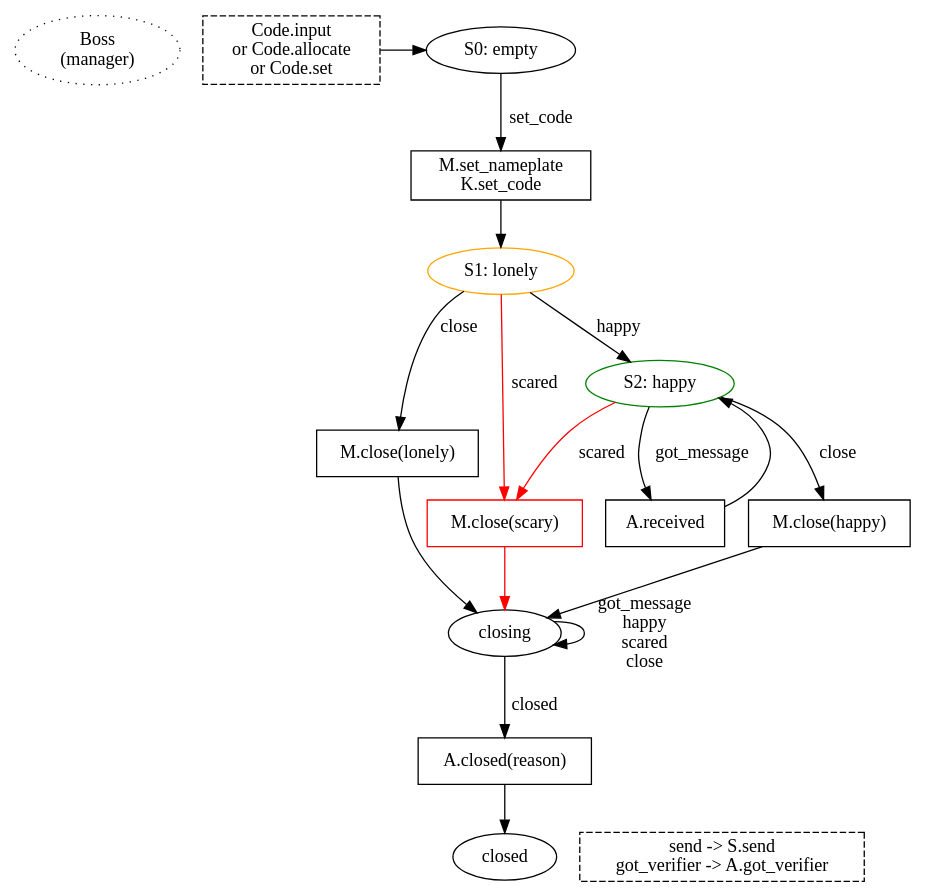
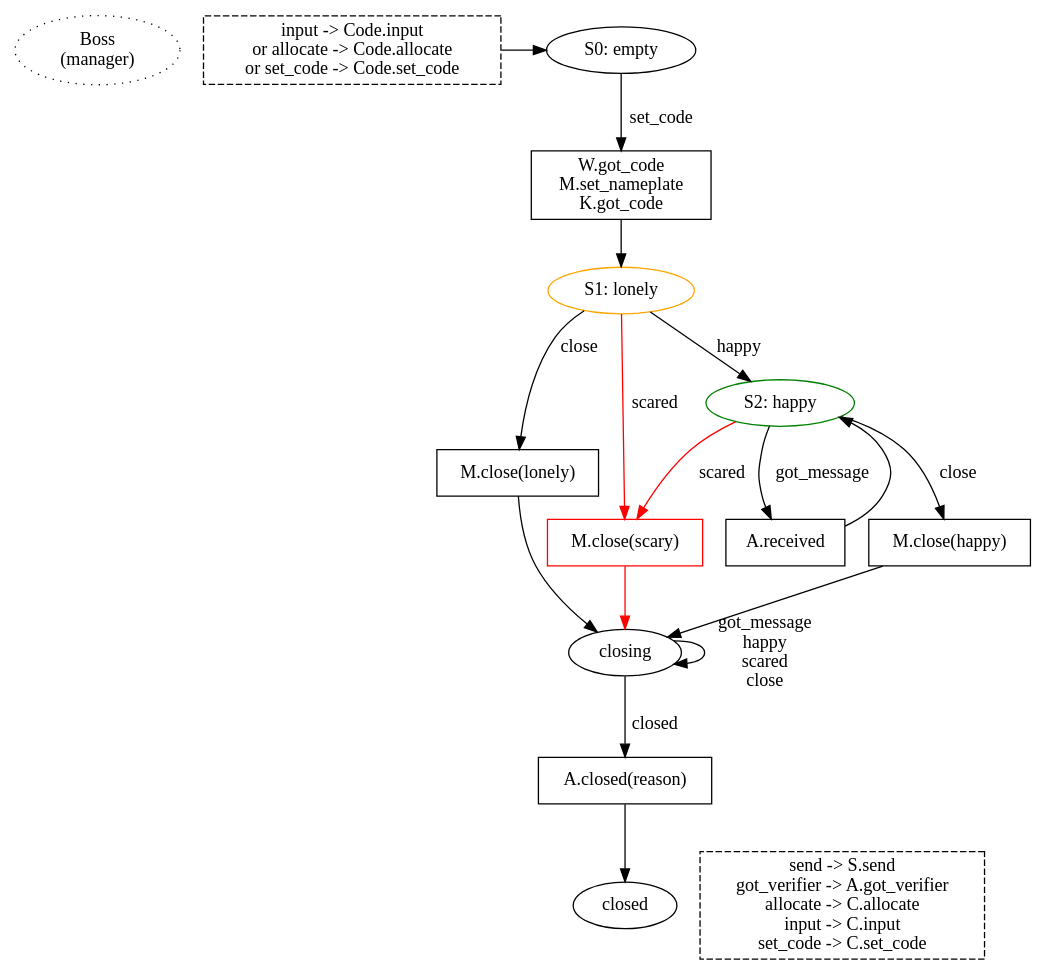
One commit to magic-wormhole/magic-wormhole changed the diagram in docs/boss.dot. Above: the diagram before and after it, drawn with Graphviz. The commit also changed 12 other files, not shown here.

```diff
--- a/docs/boss.dot
+++ b/docs/boss.dot
@@ -1,59 +1,59 @@
 digraph {
 
         /* could shave a RTT by committing to the nameplate early, before
         finishing the rest of the code input. While the user is still
         typing/completing the code, we claim the nameplate, open the mailbox,
         and retrieve the peer's PAKE message. Then as soon as the user
         finishes entering the code, we build our own PAKE message, send PAKE,
         compute the key, send VERSION. Starting from the Return, this saves
         two round trips. OTOH it adds consequences to hitting Tab. */
 
         start [label="Boss\n(manager)" style="dotted"]
 
         {rank=same; P0_code S0}
         P0_code [shape="box" style="dashed"
-                 label="Code.input\n or Code.allocate\n or Code.set"]
+                 label="input -> Code.input\n or allocate -> Code.allocate\n or set_code -> Code.set_code"]
         P0_code -> S0
         S0 [label="S0: empty"]
         S0 -> P0_build [label="set_code"]
 
-        P0_build [shape="box" label="M.set_nameplate\nK.set_code"]
+        P0_build [shape="box" label="W.got_code\nM.set_nameplate\nK.got_code"]
         P0_build -> S1
         S1 [label="S1: lonely" color="orange"]
 
         S1 -> S2 [label="happy"]
 
         S1 -> P_close_scary [label="scared" color="red"]
         S1 -> P_close_lonely [label="close"]
         P_close_lonely [shape="box" label="M.close(lonely)"]
         P_close_lonely -> S_closing
 
         P_close_scary [shape="box" label="M.close(scary)" color="red"]
         P_close_scary -> S_closing [color="red"]
 
         S2 [label="S2: happy" color="green"]
         S2 -> P2_close [label="close"]
         P2_close [shape="box" label="M.close(happy)"]
         P2_close -> S_closing
 
         S2 -> P2_got_message [label="got_message"]
         P2_got_message [shape="box" label="A.received"]
         P2_got_message -> S2
 
         S2 -> P_close_scary [label="scared" color="red"]
 
         S_closing [label="closing"]
         S_closing -> P_closed [label="closed"]
         S_closing -> S_closing [label="got_message\nhappy\nscared\nclose"]
 
         P_closed [shape="box" label="A.closed(reason)"]
         P_closed -> S_closed
         S_closed [label="closed"]
 
         {rank=same; Other S_closed}
         Other [shape="box" style="dashed"
-               label="send -> S.send\ngot_verifier -> A.got_verifier"
+               label="send -> S.send\ngot_verifier -> A.got_verifier\nallocate -> C.allocate\ninput -> C.input\nset_code -> C.set_code"
                ]
 
 
 }
```
